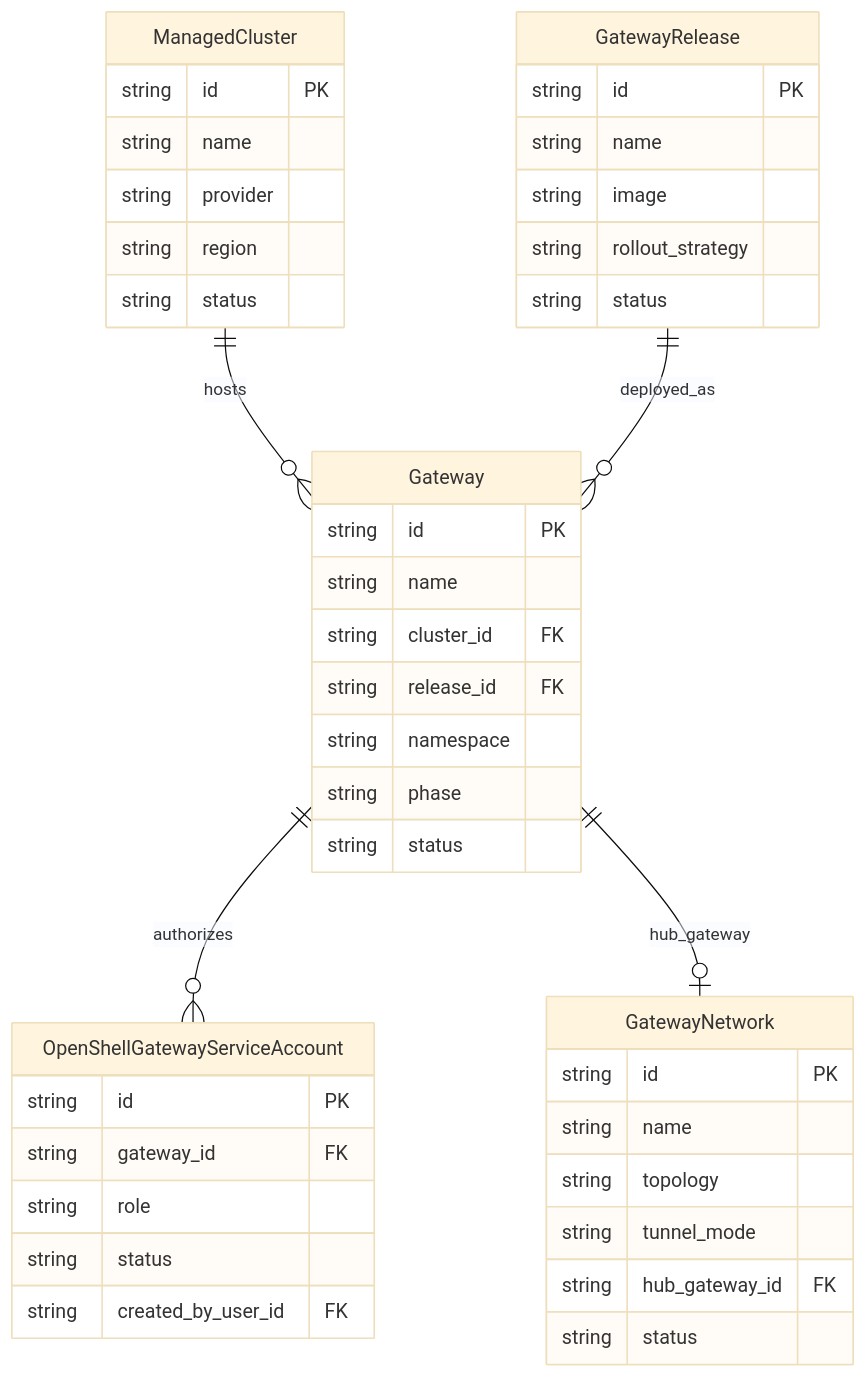
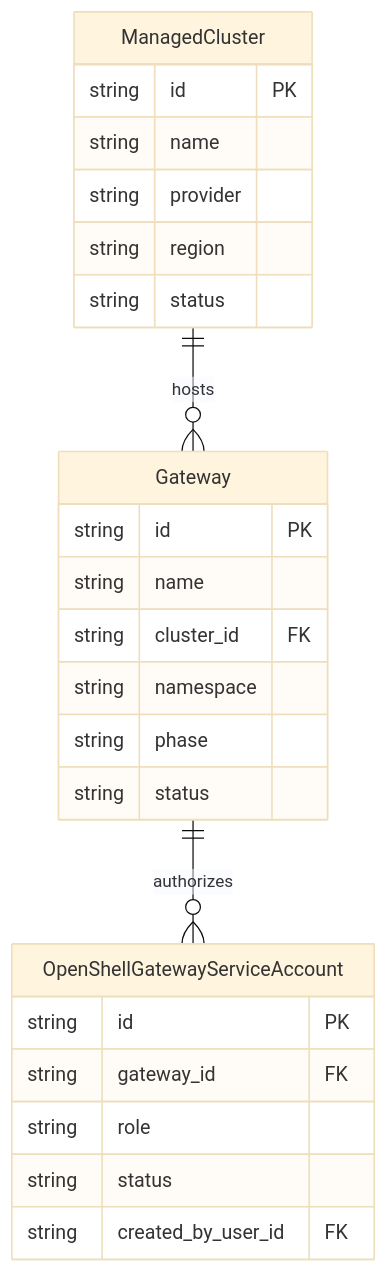
Before and after one commit to openshift-online/hypershell: the diagram in docs/architecture/source/domain-model.md, drawn with Mermaid (base theme). The commit also changed other lines of this file and 35 other files, not shown here.

````diff
--- a/docs/architecture/source/domain-model.md
+++ b/docs/architecture/source/domain-model.md
@@ -9,45 +9,27 @@
 ```mermaid
 erDiagram
   ManagedCluster ||--o{ Gateway : hosts
-  GatewayRelease ||--o{ Gateway : deployed_as
   Gateway ||--o{ OpenShellGatewayServiceAccount : authorizes
-  Gateway ||--o| GatewayNetwork : hub_gateway
   ManagedCluster {
     string id PK
     string name
     string provider
     string region
     string status
   }
-  GatewayRelease {
-    string id PK
-    string name
-    string image
-    string rollout_strategy
-    string status
-  }
   Gateway {
     string id PK
     string name
     string cluster_id FK
-    string release_id FK
     string namespace
     string phase
     string status
   }
   OpenShellGatewayServiceAccount {
     string id PK
     string gateway_id FK
     string role
     string status
     string created_by_user_id FK
   }
-  GatewayNetwork {
-    string id PK
-    string name
-    string topology
-    string tunnel_mode
-    string hub_gateway_id FK
-    string status
-  }
 ```
````
